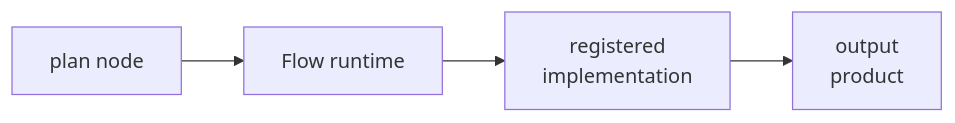
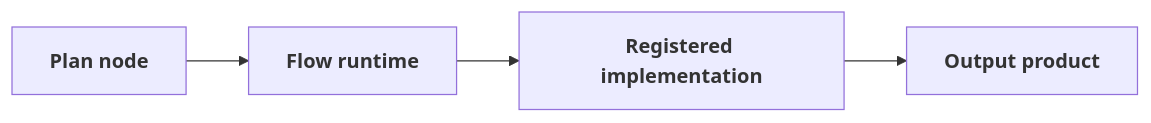
One commit to FAST-HEP/fasthep-flow changed the fifth of 5 diagrams in docs/execution/plan.md. Above: the diagram before and after it, drawn with Mermaid. The commit also changed other lines of this file and 7 other files, not shown here.

````diff
--- a/docs/execution/plan.md
+++ b/docs/execution/plan.md
@@ -748,14 +753,9 @@
 ```{mermaid}
 flowchart LR
-    Plan["plan node"]
+    Plan["<b>Plan node</b>"]:::plan
+    Runtime["<b>Flow runtime</b>"]:::runtime
+    Impl["<b>Registered implementation</b>"]:::capability
+    Product["<b>Output product</b>"]:::artifact
 
-    Runtime["Flow runtime"]
-
-    Impl["registered<br/>implementation"]
-
-    Product["output<br/>product"]
-
-    Plan --> Runtime
-    Runtime --> Impl
-    Impl --> Product
+    Plan --> Runtime --> Impl --> Product
 ```
````
